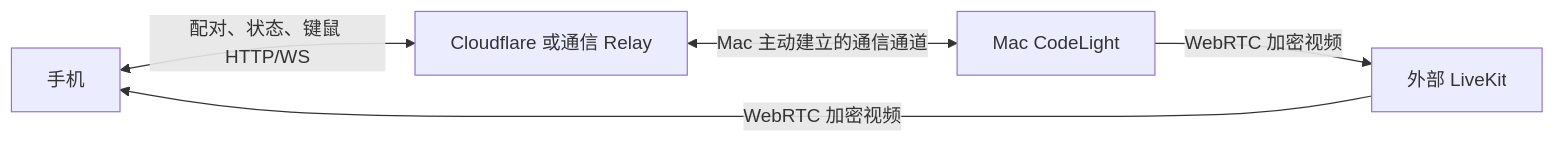
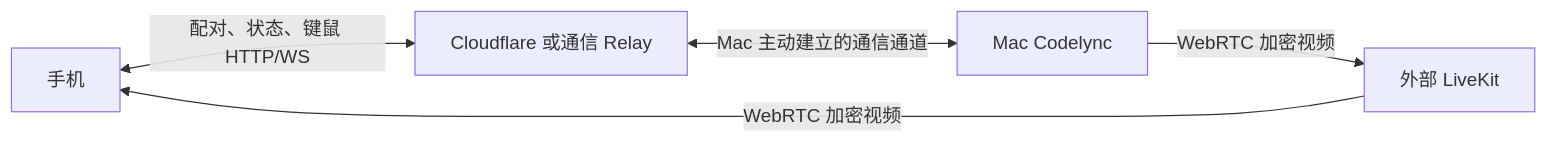
One commit to mapix/Codelync changed the diagram in docs/SELF-HOSTING.zh-CN.md. Above: the diagram before and after it, drawn with Mermaid. The commit also changed other lines of this file and 880 other files, not shown here.

````diff
--- a/docs/SELF-HOSTING.zh-CN.md
+++ b/docs/SELF-HOSTING.zh-CN.md
@@ -33,7 +33,7 @@
 ```mermaid
 flowchart LR
     Phone[手机] <-->|配对、状态、键鼠 HTTP/WS| Network[Cloudflare 或通信 Relay]
-    Network <-->|Mac 主动建立的通信通道| Mac[Mac CodeLight]
+    Network <-->|Mac 主动建立的通信通道| Mac[Mac Codelync]
     Mac -->|WebRTC 加密视频| Media[外部 LiveKit]
     Media -->|WebRTC 加密视频| Phone
 ```
````
